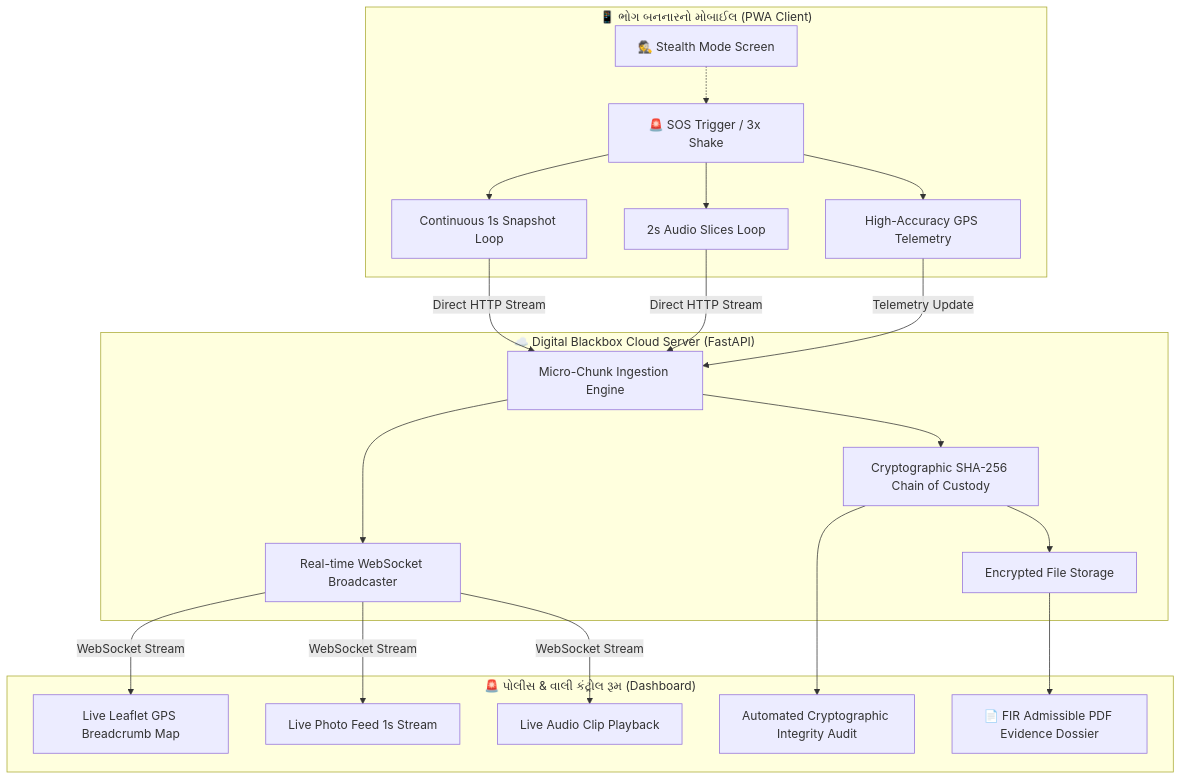
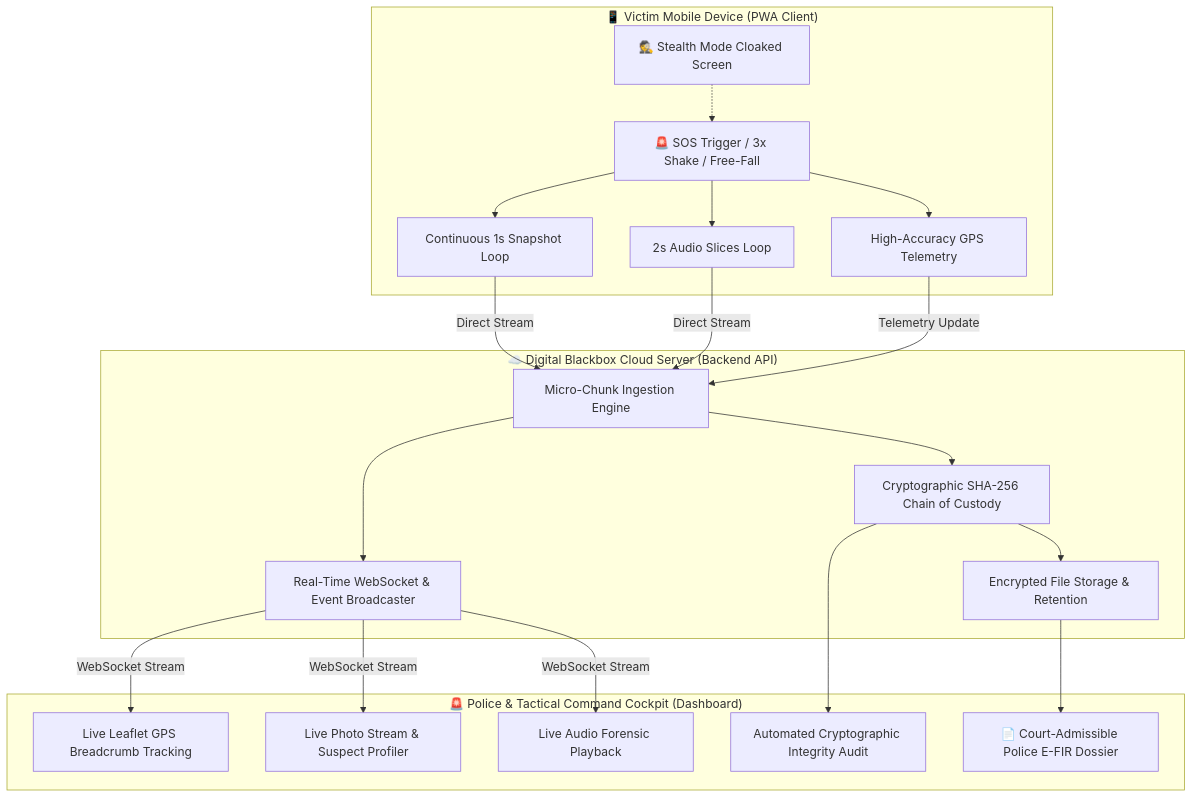
Before and after one commit to jayparmarsrisri111/sri-sri-ai-sos: the diagram in README.md, drawn with Mermaid. The commit also changed other lines of this file, not shown here.

````diff
--- a/README.md
+++ b/README.md
@@ -23,35 +38,35 @@
 ```mermaid
 flowchart TD
-    subgraph MobileDevice ["📱 ભોગ બનનારનો મોબાઈલ (PWA Client)"]
-        A[🚨 SOS Trigger / 3x Shake] --> B[Continuous 1s Snapshot Loop]
+    subgraph MobileDevice ["📱 Victim Mobile Device (PWA Client)"]
+        A[🚨 SOS Trigger / 3x Shake / Free-Fall] --> B[Continuous 1s Snapshot Loop]
         A --> C[2s Audio Slices Loop]
         A --> D[High-Accuracy GPS Telemetry]
-        E[🕵️ Stealth Mode Screen] -.-> A
+        E[🕵️ Stealth Mode Cloaked Screen] -.-> A
     end
 
-    subgraph CloudServer ["☁️ Digital Blackbox Cloud Server (FastAPI)"]
+    subgraph CloudServer ["☁️ Digital Blackbox Cloud Server (Backend API)"]
         F[Micro-Chunk Ingestion Engine]
         G[Cryptographic SHA-256 Chain of Custody]
-        H[Encrypted File Storage]
-        I[Real-time WebSocket Broadcaster]
+        H[Encrypted File Storage & Retention]
+        I[Real-Time WebSocket & Event Broadcaster]
         F --> G --> H
         F --> I
     end
 
-    subgraph CommandRoom ["🚨 પોલીસ & વાલી કંટ્રોલ રૂમ (Dashboard)"]
-        J[Live Leaflet GPS Breadcrumb Map]
-        K[Live Photo Feed 1s Stream]
-        L[Live Audio Clip Playback]
+    subgraph CommandRoom ["🚨 Police & Tactical Command Cockpit (Dashboard)"]
+        J[Live Leaflet GPS Breadcrumb Tracking]
+        K[Live Photo Stream & Suspect Profiler]
+        L[Live Audio Forensic Playback]
         M[Automated Cryptographic Integrity Audit]
-        N[📄 FIR Admissible PDF Evidence Dossier]
+        N[📄 Court-Admissible Police E-FIR Dossier]
     end
 
-    B -->|Direct HTTP Stream| F
-    C -->|Direct HTTP Stream| F
+    B -->|Direct Stream| F
+    C -->|Direct Stream| F
     D -->|Telemetry Update| F
     I -->|WebSocket Stream| J
     I -->|WebSocket Stream| K
     I -->|WebSocket Stream| L
     G --> M
     H --> N
 ```
````
